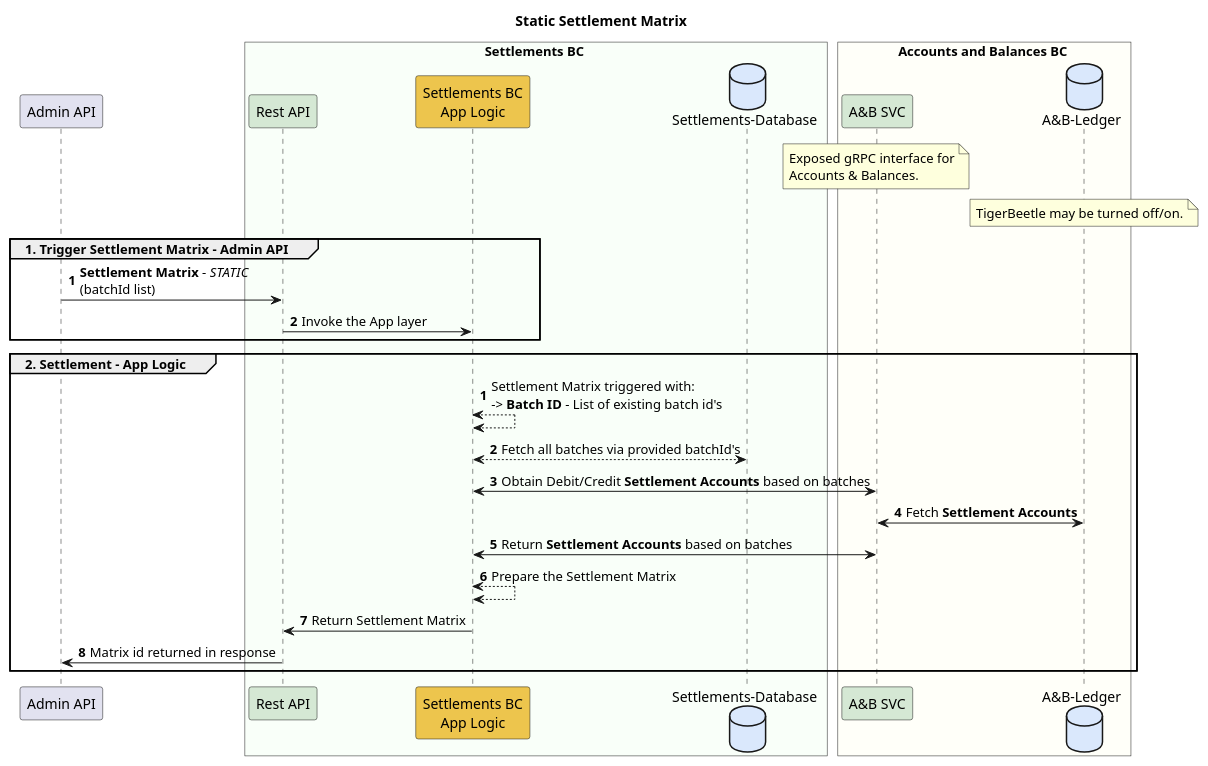
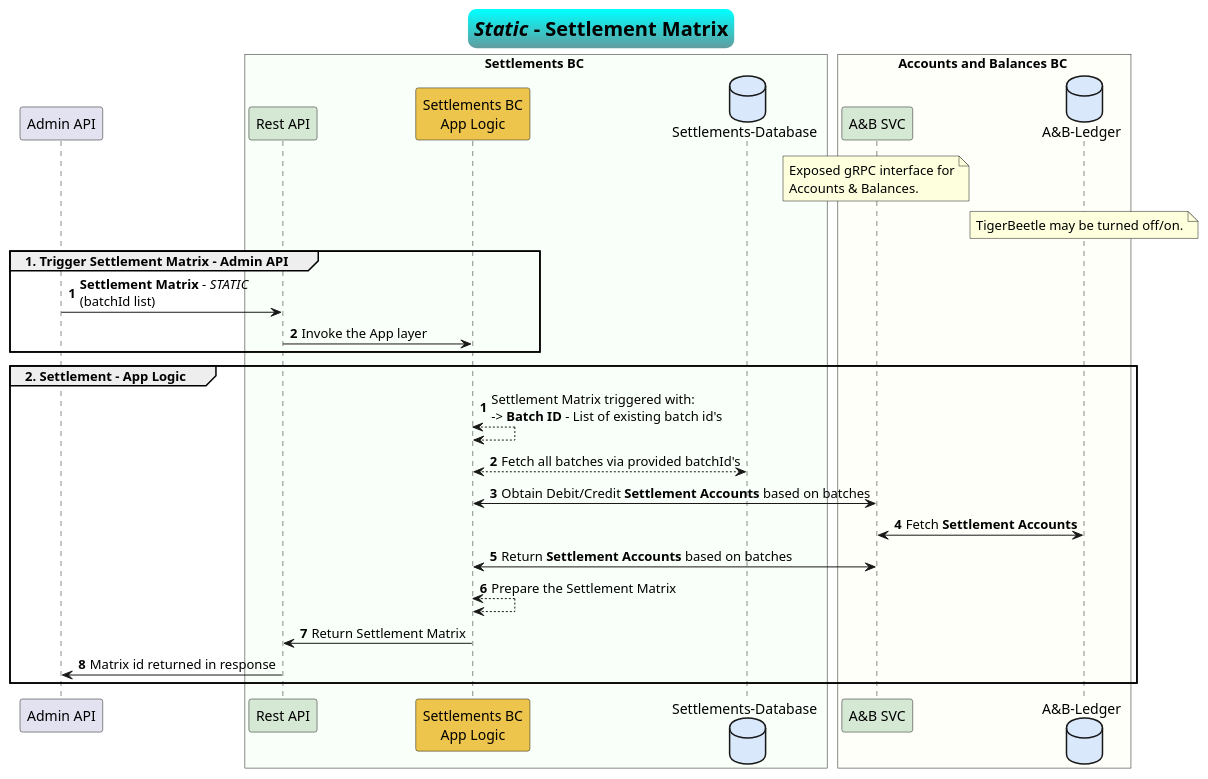
One commit to mojaloop/settlements-bc changed the diagram in docs/flows/02-settlement-matrix-static.puml. Above: the diagram before and after it, drawn with PlantUML. The commit also changed 16 other files, not shown here.

```diff
--- a/docs/flows/02-settlement-matrix-static.puml
+++ b/docs/flows/02-settlement-matrix-static.puml
@@ -1,44 +1,49 @@
 @startuml
 
-title Static Settlement Matrix
+skinparam TitleFontSize 20
+skinparam titleBorderRoundCorner 15
+skinparam titleBorderThickness 2
+skinparam titleBorderColor Aqua-CadetBlue
+skinparam titleBackgroundColor Aqua-CadetBlue
+title //Static// - Settlement Matrix
 
 participant "Admin API" as ext_transfers_bc
 
 box Settlements BC #F9FFF9
 	participant "Rest API" as sbc_rest #D5E8D4
 	participant "Settlements BC\nApp Logic" as sbc_app_logic #EDC54D
 	database "Settlements-Database" as sbc_db #DAE8FC
 end box
 
 box Accounts and Balances BC #FFFFF9
     participant "A&B SVC" as abbc_grpc #D5E8D4
     database "A&B-Ledger" as abbc_tigerbeetle #DAE8FC
     note over abbc_grpc
         Exposed gRPC interface for
         Accounts & Balances.
     end note
     note over abbc_tigerbeetle
         TigerBeetle may be turned off/on.
     end note
 end box
 
 group 1. Trigger Settlement Matrix - Admin API
 autonumber
     ext_transfers_bc -> sbc_rest : **Settlement Matrix** - //STATIC//\n(batchId list)
     sbc_rest -> sbc_app_logic : Invoke the App layer
 end
 
 group 2. Settlement - App Logic
 autonumber
     sbc_app_logic <--> sbc_app_logic: Settlement Matrix triggered with:\n-> **Batch ID** - List of existing batch id's
     sbc_app_logic <--> sbc_db : Fetch all batches via provided batchId's
 
     sbc_app_logic <-> abbc_grpc : Obtain Debit/Credit **Settlement Accounts** based on batches
     abbc_grpc <-> abbc_tigerbeetle: Fetch **Settlement Accounts**
     abbc_grpc <-> sbc_app_logic : Return **Settlement Accounts** based on batches
     sbc_app_logic <--> sbc_app_logic : Prepare the Settlement Matrix
     sbc_app_logic -> sbc_rest : Return Settlement Matrix
     sbc_rest -> ext_transfers_bc : Matrix id returned in response
 end
 
 @enduml
```
